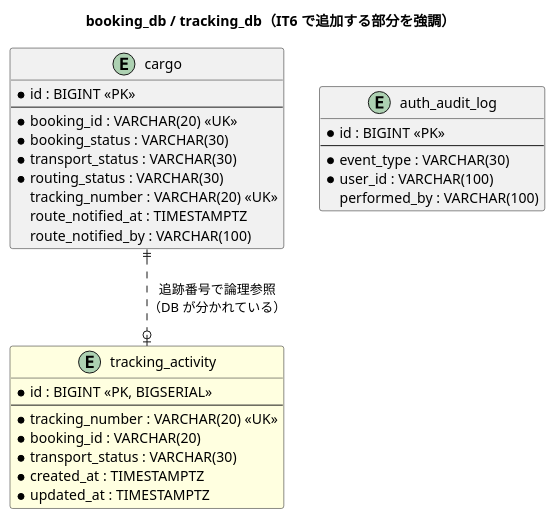
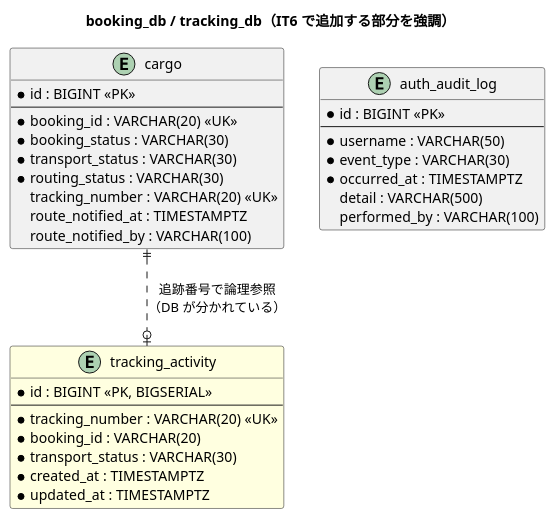
One commit to k2works/case-study-cargo-tracker changed the third of 4 diagrams in docs/development/iteration_plan-6.md. Above: the diagram before and after it, drawn with PlantUML. The commit also changed other lines of this file, not shown here.

````diff
--- a/docs/development/iteration_plan-6.md
+++ b/docs/development/iteration_plan-6.md
@@ -214,37 +219,39 @@
 ```plantuml
 @startuml
 title booking_db / tracking_db（IT6 で追加する部分を強調）
 
 entity cargo {
   * id : BIGINT <<PK>>
   --
   * booking_id : VARCHAR(20) <<UK>>
   * booking_status : VARCHAR(30)
   * transport_status : VARCHAR(30)
   * routing_status : VARCHAR(30)
   tracking_number : VARCHAR(20) <<UK>>
   route_notified_at : TIMESTAMPTZ
   route_notified_by : VARCHAR(100)
 }
 
 entity tracking_activity #LightYellow {
   * id : BIGINT <<PK, BIGSERIAL>>
   --
   * tracking_number : VARCHAR(20) <<UK>>
   * booking_id : VARCHAR(20)
   * transport_status : VARCHAR(30)
   * created_at : TIMESTAMPTZ
   * updated_at : TIMESTAMPTZ
 }
 
 entity auth_audit_log {
   * id : BIGINT <<PK>>
   --
+  * username : VARCHAR(50)
   * event_type : VARCHAR(30)
-  * user_id : VARCHAR(100)
+  * occurred_at : TIMESTAMPTZ
+  detail : VARCHAR(500)
   performed_by : VARCHAR(100)
 }
 
 cargo ||..o| tracking_activity : 追跡番号で論理参照\n（DB が分かれている）
 @enduml
 ```
````
